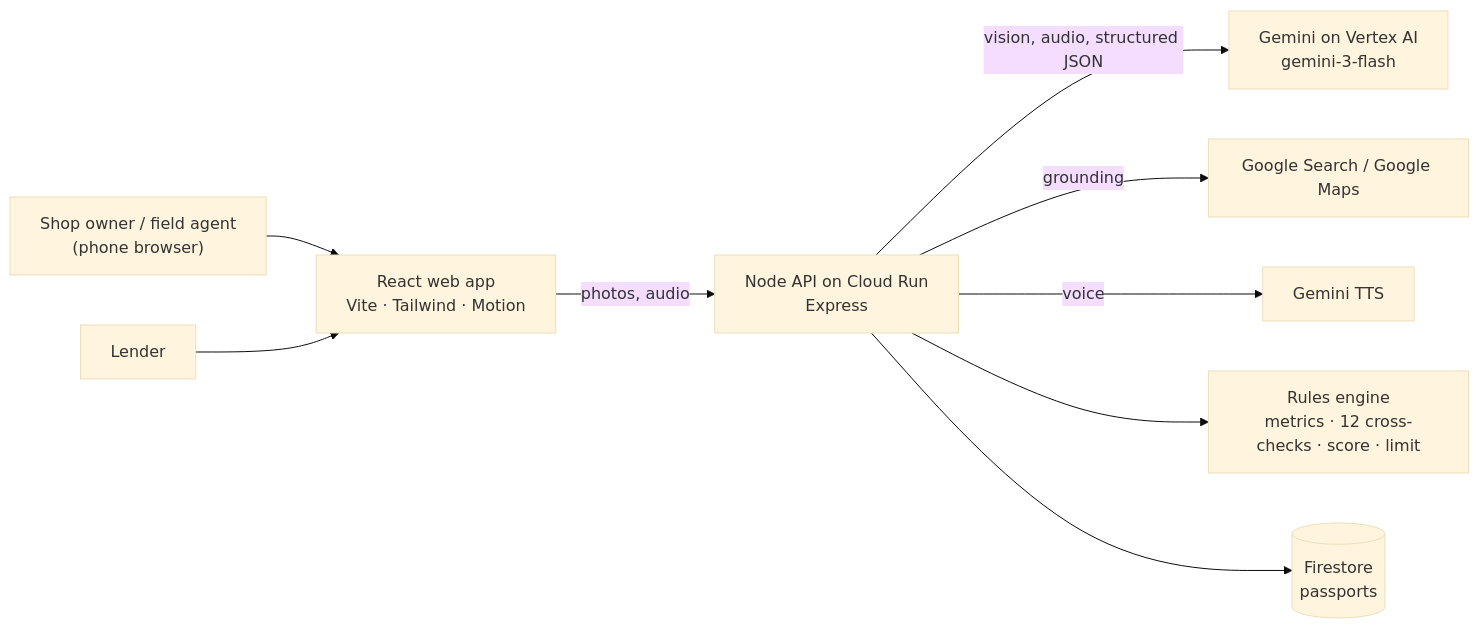
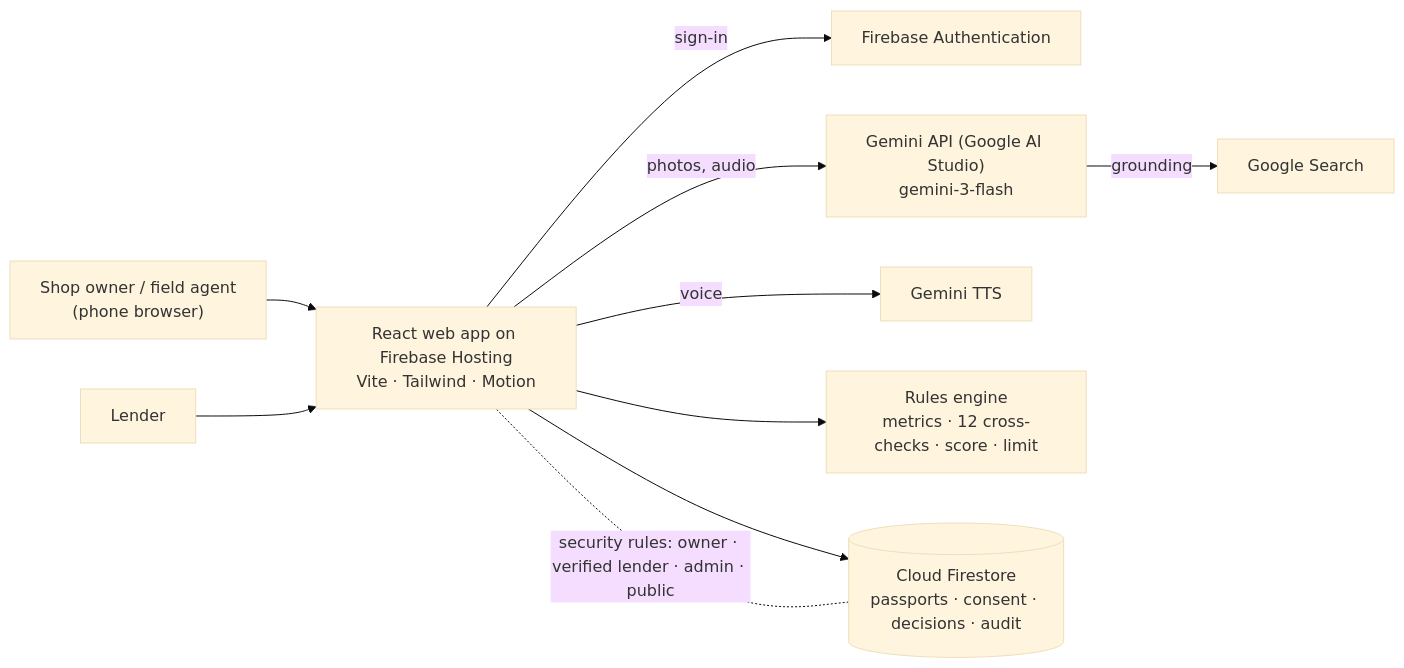
The diagram in README.md (fl-prasad-alai/Kosha), drawn with Mermaid (base theme) before and after one commit. The commit also changed other lines of this file and 39 other files, not shown here.

Commit message:
Run on Firebase: Hosting, Auth, Firestore rules

````diff
--- a/README.md
+++ b/README.md
@@ -67,11 +67,12 @@
 ```mermaid
 flowchart LR
-  U["Shop owner / field agent<br/>(phone browser)"] --> W["React web app<br/>Vite · Tailwind · Motion"]
-  W -- "photos, audio" --> API["Node API on Cloud Run<br/>Express"]
-  API -- "vision, audio, structured JSON" --> G["Gemini on Vertex AI<br/>gemini-3-flash"]
-  API -- "grounding" --> GS["Google Search / Google Maps"]
-  API -- "voice" --> TTS["Gemini TTS"]
-  API --> R["Rules engine<br/>metrics · 12 cross-checks · score · limit"]
-  API --> F[("Firestore<br/>passports")]
+  U["Shop owner / field agent<br/>(phone browser)"] --> W["React web app on Firebase Hosting<br/>Vite · Tailwind · Motion"]
+  W -- "sign-in" --> A["Firebase Authentication"]
+  W -- "photos, audio" --> G["Gemini API (Google AI Studio)<br/>gemini-3-flash"]
+  G -- "grounding" --> GS["Google Search"]
+  W -- "voice" --> TTS["Gemini TTS"]
+  W --> R["Rules engine<br/>metrics · 12 cross-checks · score · limit"]
+  W --> F[("Cloud Firestore<br/>passports · consent · decisions · audit")]
+  F -. "security rules: owner · verified lender · admin · public" .- W
   L["Lender"] --> W
 ```
````
